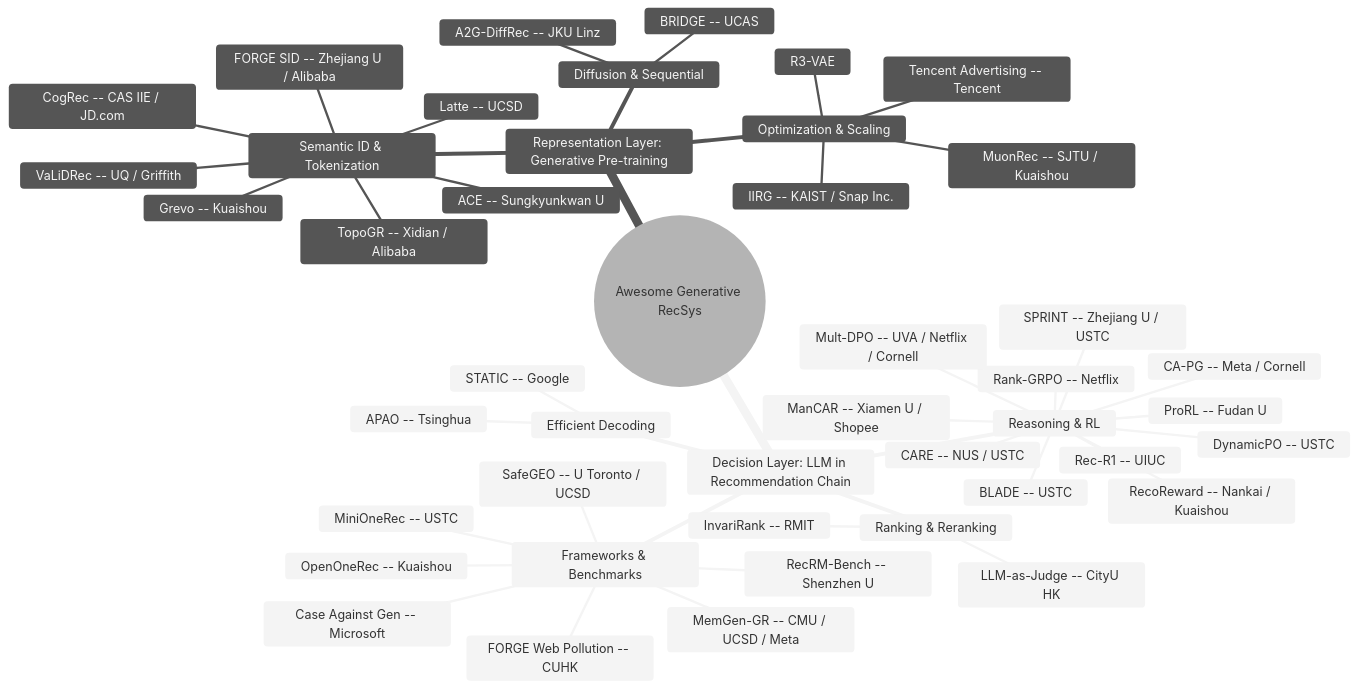
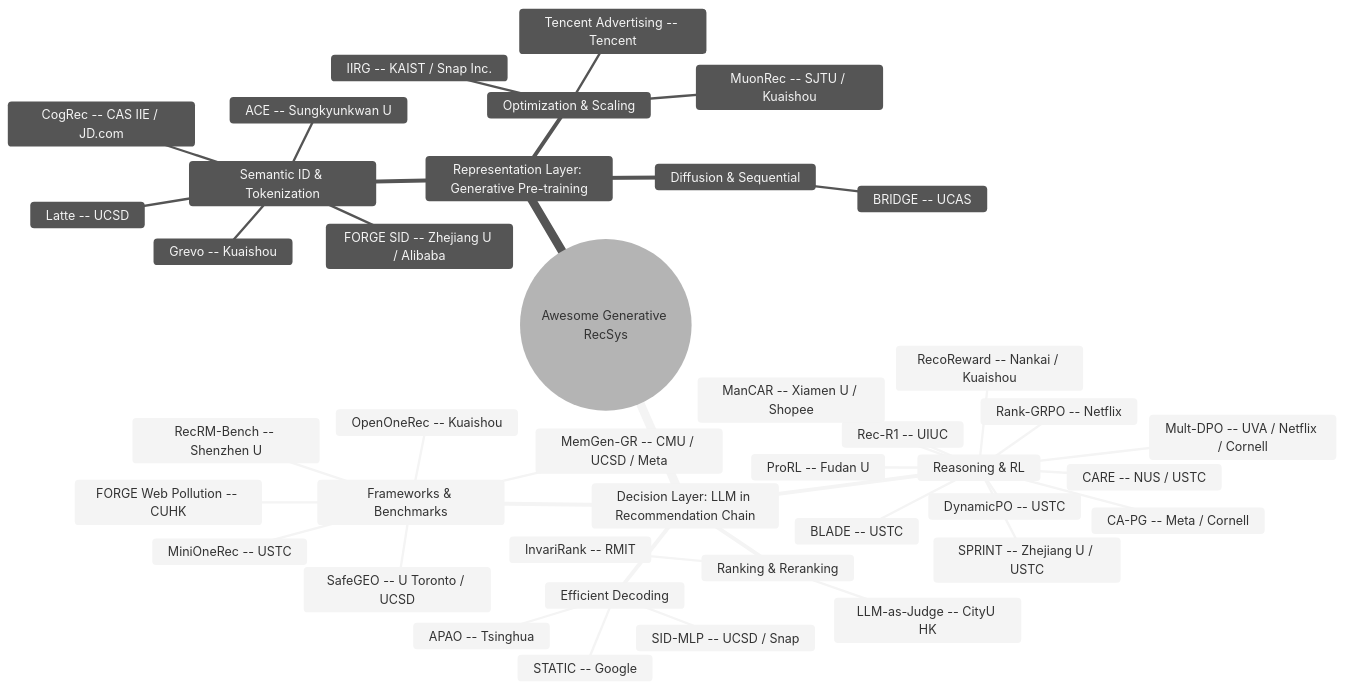
One commit to HaFred/awesome-generative-recsys changed the diagram in README.md. Above: the diagram before and after it, drawn with Mermaid (neutral theme). The commit also changed other lines of this file and 2 other files, not shown here.

````diff
--- a/README.md
+++ b/README.md
@@ -28,48 +28,44 @@
 ```mermaid
 mindmap
   root((Awesome Generative RecSys))
     Decision Layer: LLM in Recommendation Chain
       Reasoning & RL
         Rank-GRPO -- Netflix
         DynamicPO -- USTC
         BLADE -- USTC
         SPRINT -- Zhejiang U / USTC
         Mult-DPO -- UVA / Netflix / Cornell
         CA-PG -- Meta / Cornell
         ProRL -- Fudan U
         Rec-R1 -- UIUC
         ManCAR -- Xiamen U / Shopee
         CARE -- NUS / USTC
         RecoReward -- Nankai / Kuaishou
       Ranking & Reranking
         InvariRank -- RMIT
         LLM-as-Judge -- CityU HK
       Frameworks & Benchmarks
         MiniOneRec -- USTC
         OpenOneRec -- Kuaishou
         RecRM-Bench -- Shenzhen U
         SafeGEO -- U Toronto / UCSD
         MemGen-GR -- CMU / UCSD / Meta
         FORGE Web Pollution -- CUHK
-        Case Against Gen -- Microsoft
       Efficient Decoding
         STATIC -- Google
         APAO -- Tsinghua
+        SID-MLP -- UCSD / Snap
     Representation Layer: Generative Pre-training
       Semantic ID & Tokenization
         Latte -- UCSD
         FORGE SID -- Zhejiang U / Alibaba
         ACE -- Sungkyunkwan U
         CogRec -- CAS IIE / JD.com
         Grevo -- Kuaishou
-        VaLiDRec -- UQ / Griffith
-        TopoGR -- Xidian / Alibaba
       Diffusion & Sequential
-        A2G-DiffRec -- JKU Linz
         BRIDGE -- UCAS
       Optimization & Scaling
         MuonRec -- SJTU / Kuaishou
         Tencent Advertising -- Tencent
         IIRG -- KAIST / Snap Inc.
-        R3-VAE
 ```
````
